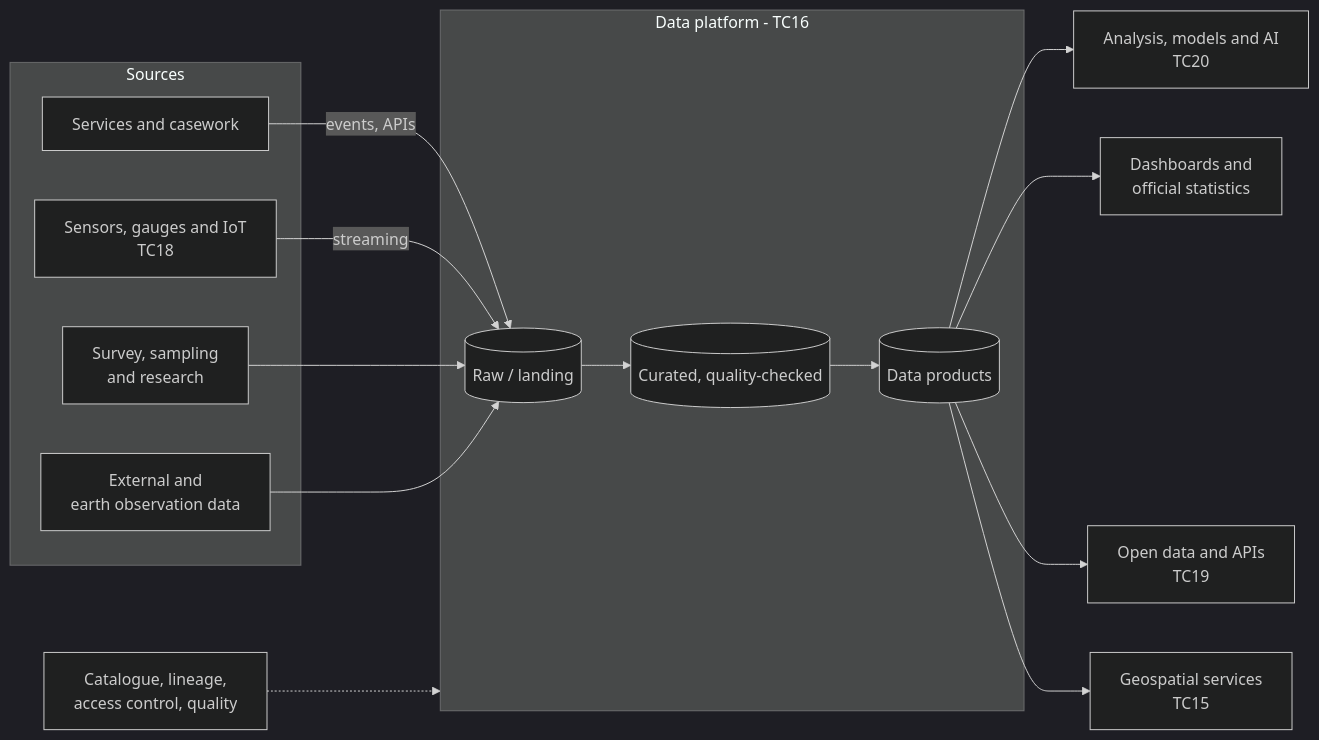
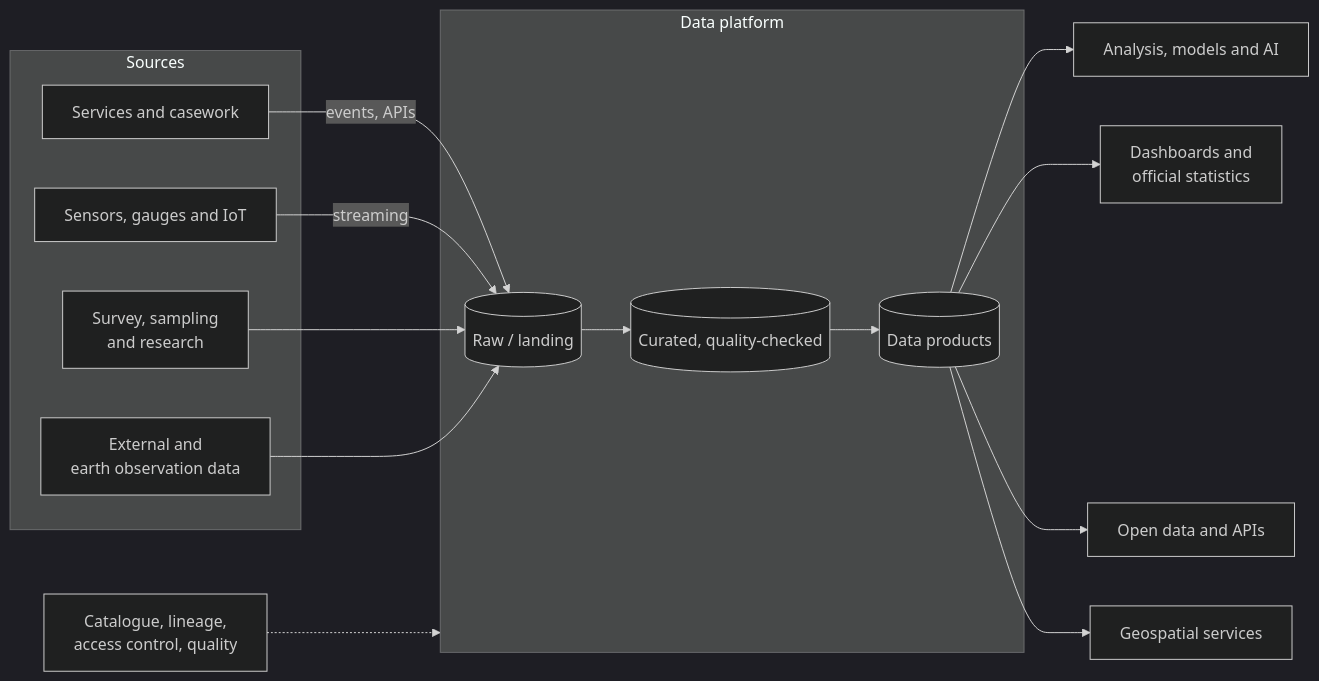
The diagram in docs/handrail/reference-architectures/data-and-analytics.md (DEFRA/architecture), drawn with Mermaid (dark theme) before and after one commit. The commit also changed 33 other files, not shown here.

````diff
--- a/docs/handrail/reference-architectures/data-and-analytics.md
+++ b/docs/handrail/reference-architectures/data-and-analytics.md
@@ -13,30 +13,30 @@
 ```mermaid
 flowchart LR
     accTitle: Data and analytics reference architecture
     accDescr: Data from services, sensors, research and external sources lands in raw storage on the data platform, is curated and quality checked, and becomes data products used for analysis and AI, dashboards and statistics, open data and APIs, and geospatial services. Cataloguing, lineage, access control and quality apply across the platform.
     subgraph Sources
         S1["Services and casework"]
-        S2["Sensors, gauges and IoT<br/>TC18"]
+        S2["Sensors, gauges and IoT"]
         S3["Survey, sampling<br/>and research"]
         S4["External and<br/>earth observation data"]
     end
 
-    subgraph Platform["Data platform - TC16"]
+    subgraph Platform["Data platform"]
         RAW[("Raw / landing")]
         CUR[("Curated, quality-checked")]
         PROD[("Data products")]
         RAW --> CUR --> PROD
     end
 
     S1 -->|"events, APIs"| RAW
     S2 -->|"streaming"| RAW
     S3 --> RAW
     S4 --> RAW
 
-    PROD --> AN["Analysis, models and AI<br/>TC20"]
+    PROD --> AN["Analysis, models and AI"]
     PROD --> BI["Dashboards and<br/>official statistics"]
-    PROD --> PUB["Open data and APIs<br/>TC19"]
-    PROD --> GEO["Geospatial services<br/>TC15"]
+    PROD --> PUB["Open data and APIs"]
+    PROD --> GEO["Geospatial services"]
 
     GOV["Catalogue, lineage,<br/>access control, quality"] -.-> Platform
 ```
````
